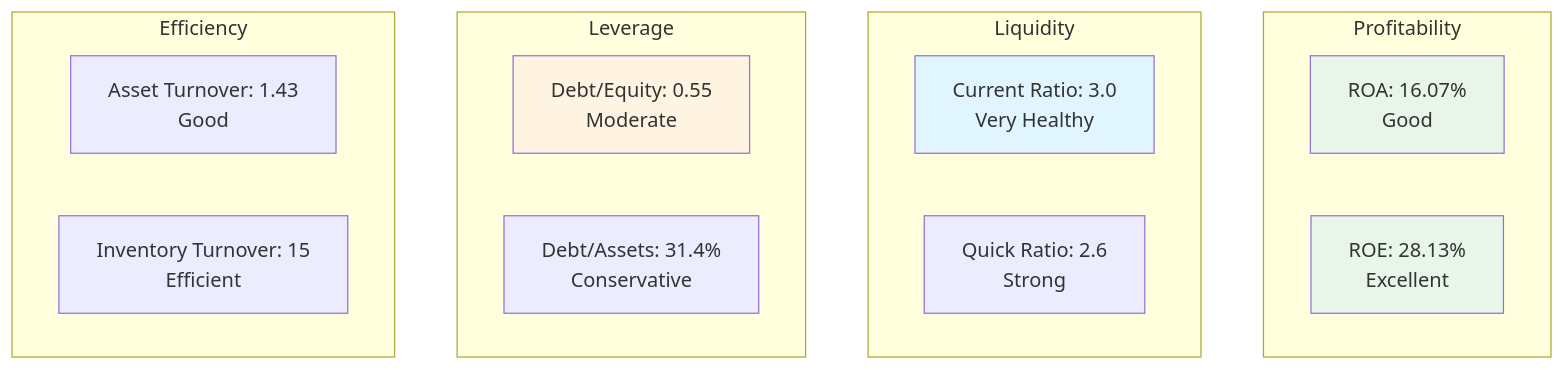
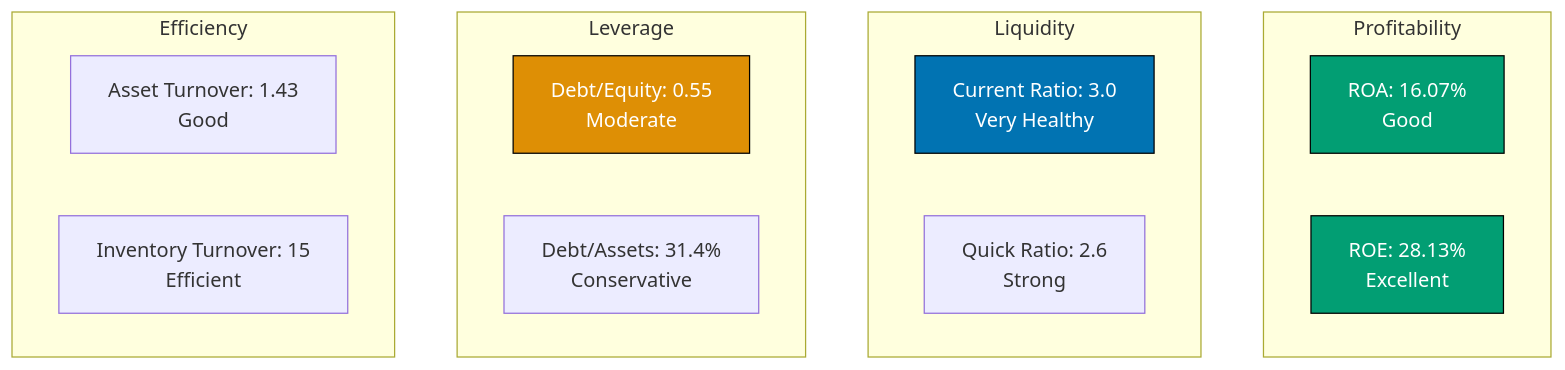
The sixth of 12 diagrams in docs/tutorials/business-and-finance/tu-bufi__corporate-finance.md (wahidyankf/open-sharia-enterprise), drawn with Mermaid before and after one commit. The commit also changed other lines of this file and 22 other files, not shown here.

First line of the commit message:
docs(diagrams): ensure all mermaid diagrams use color-blind friendly palette

````diff
--- a/docs/tutorials/business-and-finance/tu-bufi__corporate-finance.md
+++ b/docs/tutorials/business-and-finance/tu-bufi__corporate-finance.md
@@ -561,27 +579,27 @@
 ```mermaid
 flowchart TD
 	subgraph "Profitability"
 		ROA[ROA: 16.07%<br/>Good]
 		ROE[ROE: 28.13%<br/>Excellent]
 	end
 
 	subgraph "Liquidity"
 		CR[Current Ratio: 3.0<br/>Very Healthy]
 		QR[Quick Ratio: 2.6<br/>Strong]
 	end
 
 	subgraph "Leverage"
 		DE[Debt/Equity: 0.55<br/>Moderate]
 		DA[Debt/Assets: 31.4%<br/>Conservative]
 	end
 
 	subgraph "Efficiency"
 		AT[Asset Turnover: 1.43<br/>Good]
 		IT[Inventory Turnover: 15<br/>Efficient]
 	end
 
-	style ROA fill:#e8f5e9
-	style ROE fill:#e8f5e9
-	style CR fill:#e1f5ff
-	style DE fill:#fff4e1
+	style ROA fill:#029E73,stroke:#000000,color:#FFFFFF
+	style ROE fill:#029E73,stroke:#000000,color:#FFFFFF
+	style CR fill:#0173B2,stroke:#000000,color:#FFFFFF
+	style DE fill:#DE8F05,stroke:#000000,color:#FFFFFF
 ```
````
